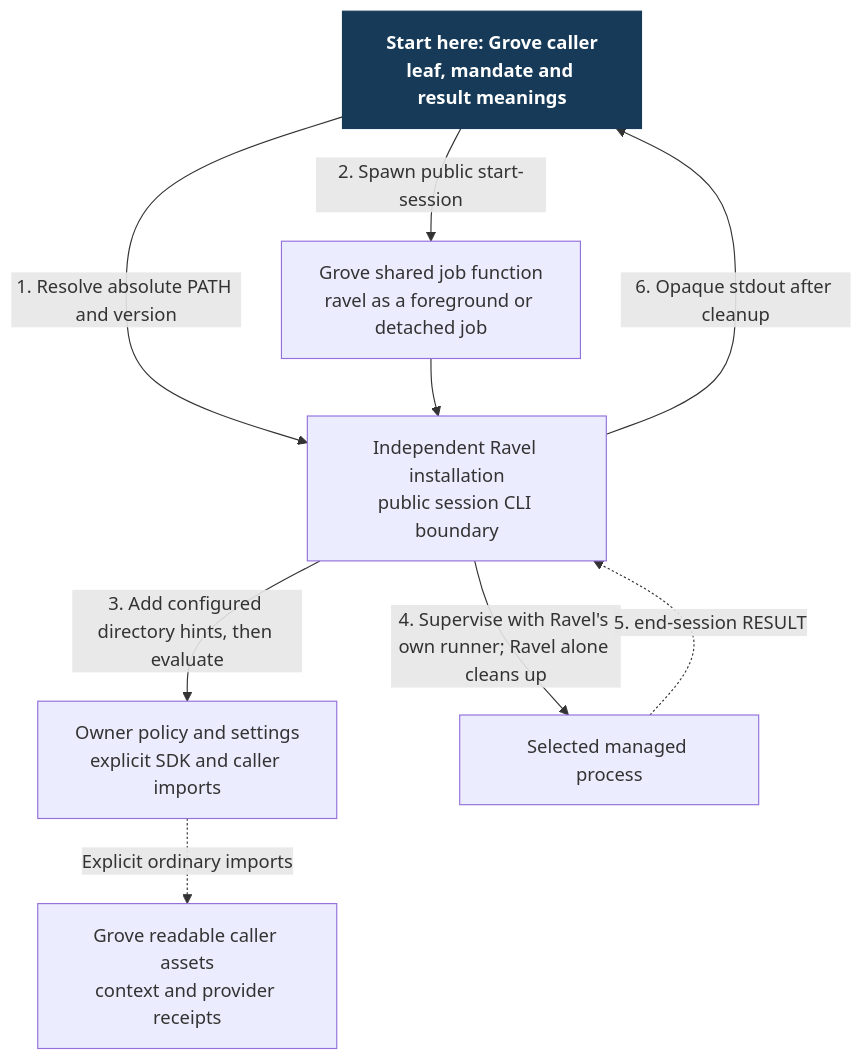
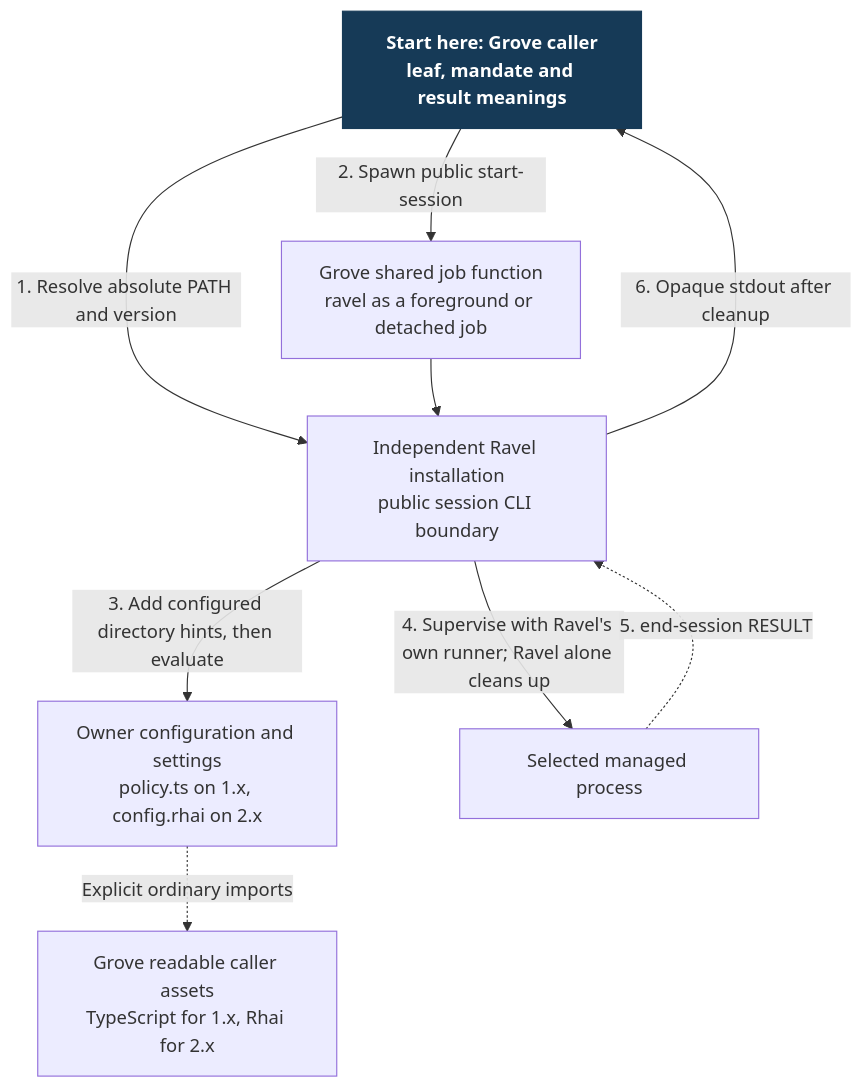
One commit to Linkuistics/grove changed the diagram in docs/design/harness-selection-and-execution/packages.mmd. Above: the diagram before and after it, drawn with Mermaid. The commit also changed 25 other files, not shown here.

```diff
--- a/docs/design/harness-selection-and-execution/packages.mmd
+++ b/docs/design/harness-selection-and-execution/packages.mmd
@@ -1,21 +1,21 @@
 flowchart TB
   Caller["Start here: Grove caller
 leaf, mandate and result meanings"]:::start
   Assets["Grove readable caller assets
-context and provider receipts"]
+TypeScript for 1.x, Rhai for 2.x"]
   Local["Grove shared job function
 ravel as a foreground or detached job"]
   Ravel["Independent Ravel installation
 public session CLI boundary"]
-  Policy["Owner policy and settings
-explicit SDK and caller imports"]
+  Policy["Owner configuration and settings
+policy.ts on 1.x, config.rhai on 2.x"]
   Child["Selected managed process"]
   Caller -->|"1. Resolve absolute PATH and version"| Ravel
   Caller -->|"2. Spawn public start-session"| Local
   Local --> Ravel
   Ravel -->|"3. Add configured directory hints, then evaluate"| Policy
   Policy -.->|"Explicit ordinary imports"| Assets
   Ravel -->|"4. Supervise with Ravel's own runner; Ravel alone cleans up"| Child
   Child -.->|"5. end-session RESULT"| Ravel
   Ravel -->|"6. Opaque stdout after cleanup"| Caller
   classDef start fill:#163a57,color:#fff,stroke:#163a57,font-weight:bold
```
